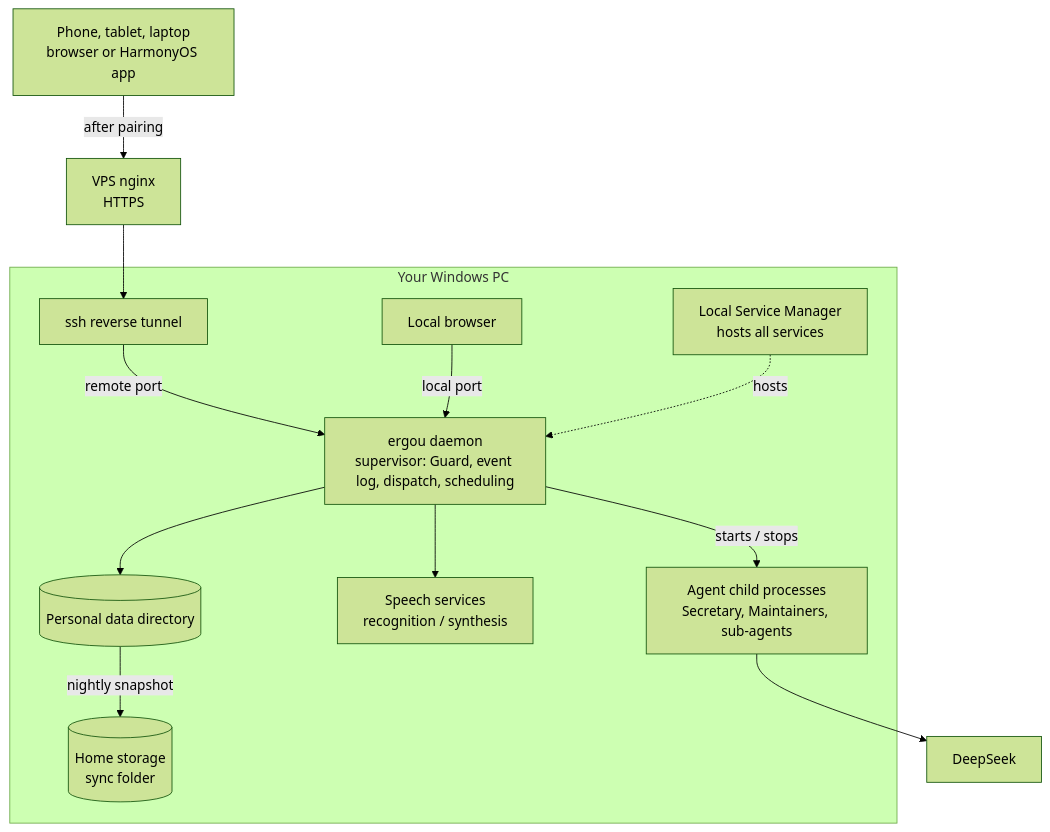
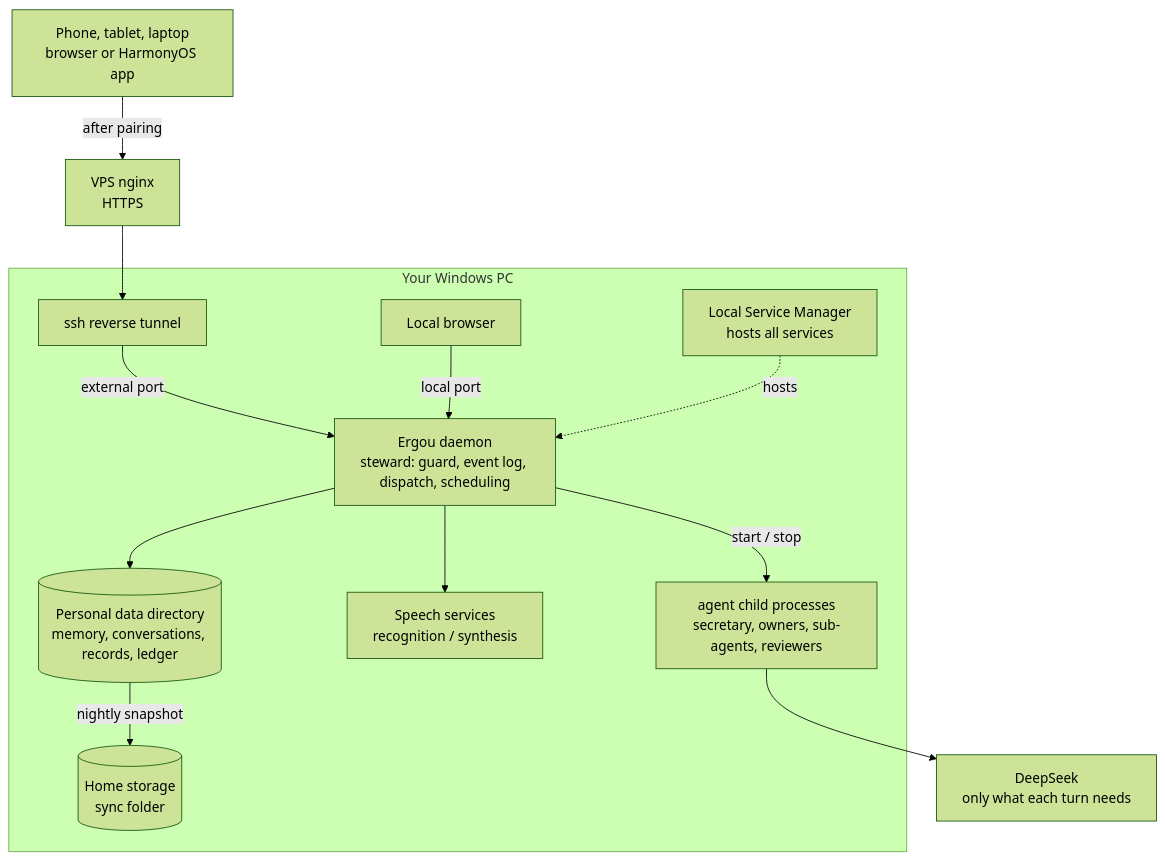
One commit to catmaniii/ergo changed the second of 2 diagrams in README.en.md. Above: the diagram before and after it, drawn with Mermaid (forest theme). The commit also changed other lines of this file and 2 other files, not shown here.

````diff
--- a/README.en.md
+++ b/README.en.md
@@ -218,24 +229,24 @@
 ```mermaid
 flowchart TB
     CLIENTS["Phone, tablet, laptop<br/>browser or HarmonyOS app"]
     NGX["VPS nginx<br/>HTTPS"]
     subgraph PC["Your Windows PC"]
         LOCAL["Local browser"]
         TUN["ssh reverse tunnel"]
         LSM["Local Service Manager<br/>hosts all services"]
-        DAEMON["ergou daemon<br/>supervisor: Guard, event log, dispatch, scheduling"]
-        AGENTS["Agent child processes<br/>Secretary, Maintainers, sub-agents"]
+        DAEMON["Ergou daemon<br/>steward: guard, event log, dispatch, scheduling"]
+        AGENTS["agent child processes<br/>secretary, owners, sub-agents, reviewers"]
         SPEECH["Speech services<br/>recognition / synthesis"]
-        DATA[("Personal data directory")]
+        DATA[("Personal data directory<br/>memory, conversations, records, ledger")]
         SYNC[("Home storage<br/>sync folder")]
     end
-    DS["DeepSeek"]
-    CLIENTS -->|"after pairing"| NGX --> TUN -->|"remote port"| DAEMON
+    DS["DeepSeek<br/>only what each turn needs"]
+    CLIENTS -->|"after pairing"| NGX --> TUN -->|"external port"| DAEMON
     LOCAL -->|"local port"| DAEMON
     LSM -.->|"hosts"| DAEMON
-    DAEMON -->|"starts / stops"| AGENTS
+    DAEMON -->|"start / stop"| AGENTS
     AGENTS --> DS
     DAEMON --> SPEECH
     DAEMON --> DATA
     DATA -->|"nightly snapshot"| SYNC
 ```
````
